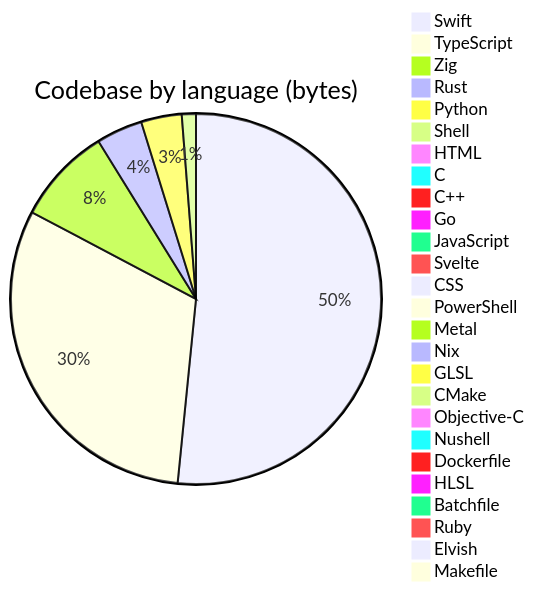
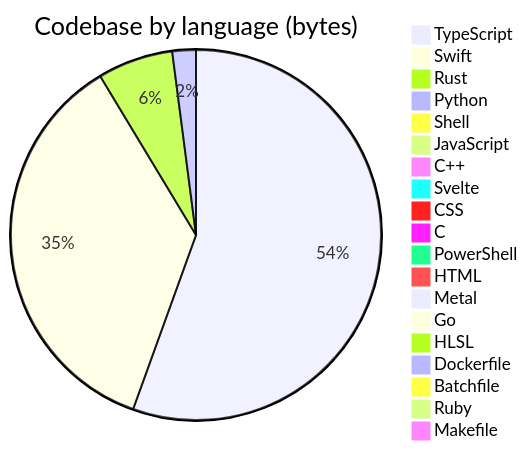
One commit to Open330/.github changed the diagram in profile/README.md. Above: the diagram before and after it, drawn with Mermaid. The commit also changed other lines of this file, not shown here.

````diff
--- a/profile/README.md
+++ b/profile/README.md
@@ -144,29 +132,22 @@
 ```mermaid
 pie title Codebase by language (bytes)
-    "Swift" : 62107330
-    "TypeScript" : 37509227
-    "Zig" : 10170181
-    "Rust" : 4858980
-    "Python" : 4271823
-    "Shell" : 1481427
-    "HTML" : 947008
-    "C" : 733012
-    "C++" : 728032
-    "Go" : 572897
-    "JavaScript" : 514855
+    "TypeScript" : 34820598
+    "Swift" : 22484097
+    "Rust" : 4128292
+    "Python" : 1289928
+    "Shell" : 447062
+    "JavaScript" : 399159
+    "C++" : 388775
     "Svelte" : 275766
-    "CSS" : 258439
+    "CSS" : 152218
+    "C" : 118462
     "PowerShell" : 98390
-    "Metal" : 58449
-    "Nix" : 47837
-    "GLSL" : 31433
-    "CMake" : 16825
-    "Objective-C" : 14285
-    "Nushell" : 13719
-    "Dockerfile" : 8884
+    "HTML" : 92692
+    "Metal" : 33192
+    "Go" : 22811
     "HLSL" : 7527
+    "Dockerfile" : 6524
     "Batchfile" : 5660
-    "Ruby" : 4165
-    "Elvish" : 4137
-    "Makefile" : 2038
+    "Ruby" : 3229
+    "Makefile" : 1307
 ```
````
